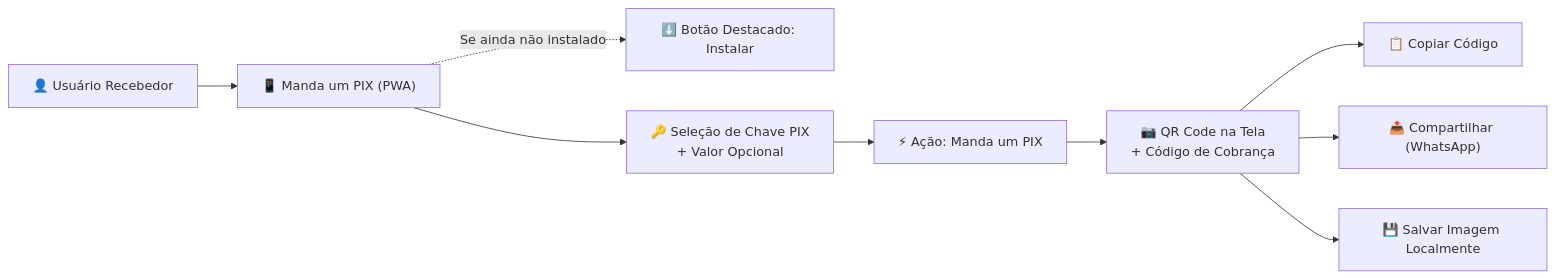
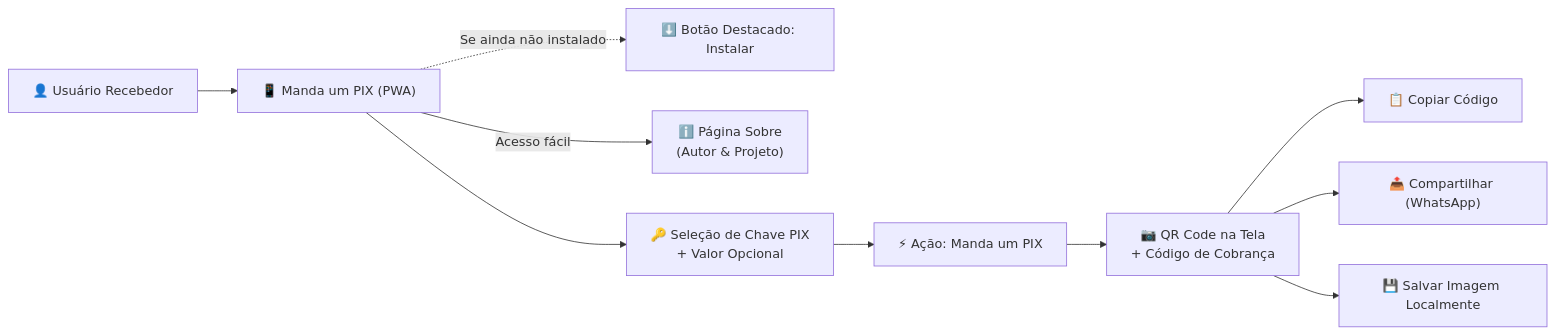
Before and after one commit to luizcanet/mandaumpix.app: the diagram in docs/README.md, drawn with Mermaid. The commit also changed other lines of this file and 9 other files, not shown here.

Commit message:
docs: document business rule RN07 and about page architecture and design

````diff
--- a/docs/README.md
+++ b/docs/README.md
@@ -26,11 +26,12 @@
 ```mermaid
 flowchart LR
     User["👤 Usuário Recebedor"] --> PWA["📱 Manda um PIX (PWA)"]
     PWA -.->|"Se ainda não instalado"| Install["⬇️ Botão Destacado: Instalar"]
+    PWA -->|"Acesso fácil"| About["ℹ️ Página Sobre<br/>(Autor & Projeto)"]
     PWA --> Keys["🔑 Seleção de Chave PIX<br/>+ Valor Opcional"]
     Keys --> Action["⚡ Ação: Manda um PIX"]
     Action --> QR["📷 QR Code na Tela<br/>+ Código de Cobrança"]
     QR --> Copy["📋 Copiar Código"]
     QR --> Share["📤 Compartilhar (WhatsApp)"]
     QR --> Save["💾 Salvar Imagem Localmente"]
 ```
````
